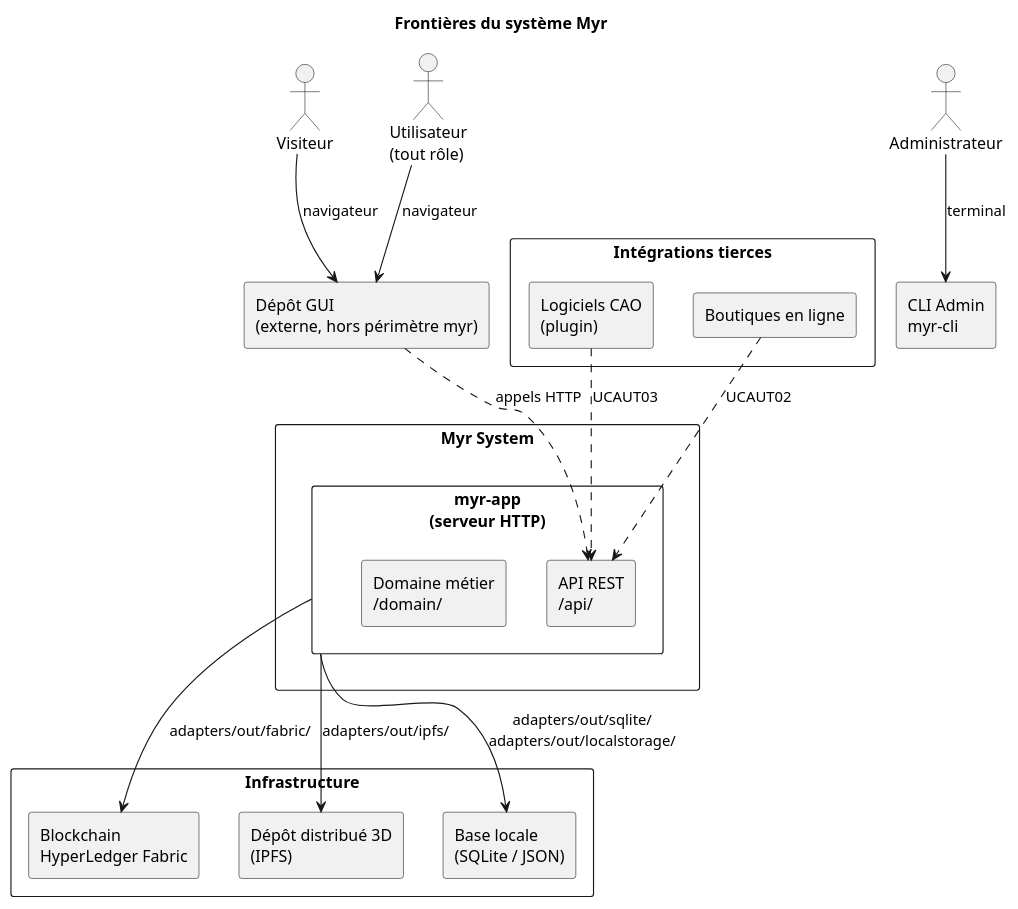
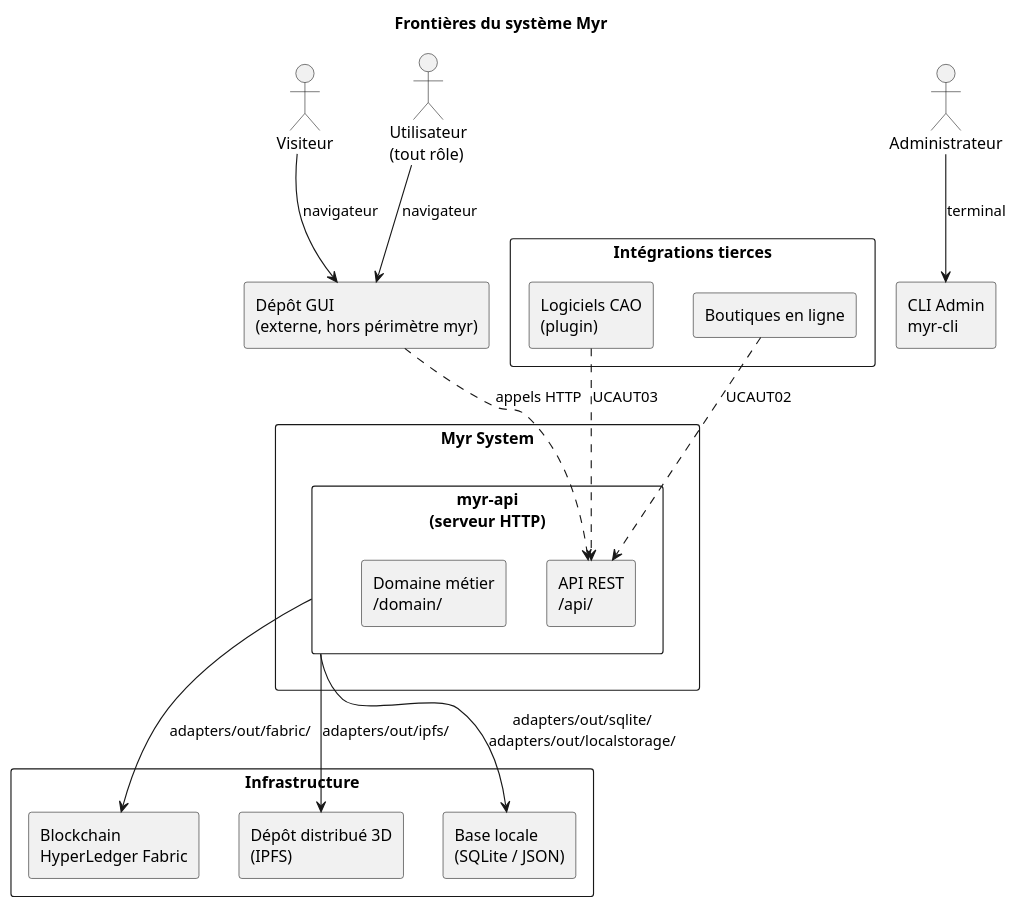
Before and after one commit to olivaux/myr: the diagram in specs/2-Analyse/Analyse_des_besoins.md, drawn with PlantUML. The commit also changed 9 other files, not shown here.

Commit message:
change name myr-app to myr-api

````diff
--- a/specs/2-Analyse/Analyse_des_besoins.md
+++ b/specs/2-Analyse/Analyse_des_besoins.md
@@ -147,44 +147,44 @@
 ```plantuml
 @startuml
 title Frontières du système Myr
 
 actor "Visiteur" as V
 actor "Utilisateur\n(tout rôle)" as U
 actor "Administrateur" as ADM
 
 rectangle "Myr System" {
-    rectangle "myr-app\n(serveur HTTP)" as App {
+    rectangle "myr-api\n(serveur HTTP)" as App {
         rectangle "API REST\n/api/" as REST
         rectangle "Domaine métier\n/domain/" as Domain
     }
 }
 
 rectangle "CLI Admin\nmyr-cli" as CLI
 
 rectangle "Dépôt GUI\n(externe, hors périmètre myr)" as GUI
 
 rectangle "Infrastructure" {
     rectangle "Blockchain\nHyperLedger Fabric" as BC
     rectangle "Dépôt distribué 3D\n(IPFS)" as IPFS
     rectangle "Base locale\n(SQLite / JSON)" as DB
 }
 
 rectangle "Intégrations tierces" {
     rectangle "Logiciels CAO\n(plugin)" as CAO
     rectangle "Boutiques en ligne" as Shop
 }
 
 V --> GUI : navigateur
 U --> GUI : navigateur
 GUI ..> REST : appels HTTP
 ADM --> CLI : terminal
 
 App --> BC : adapters/out/fabric/
 App --> IPFS : adapters/out/ipfs/
 App --> DB : adapters/out/sqlite/\nadapters/out/localstorage/
 
 CAO ..> REST : UCAUT03
 Shop ..> REST : UCAUT02
 
 @enduml
 ```
````
